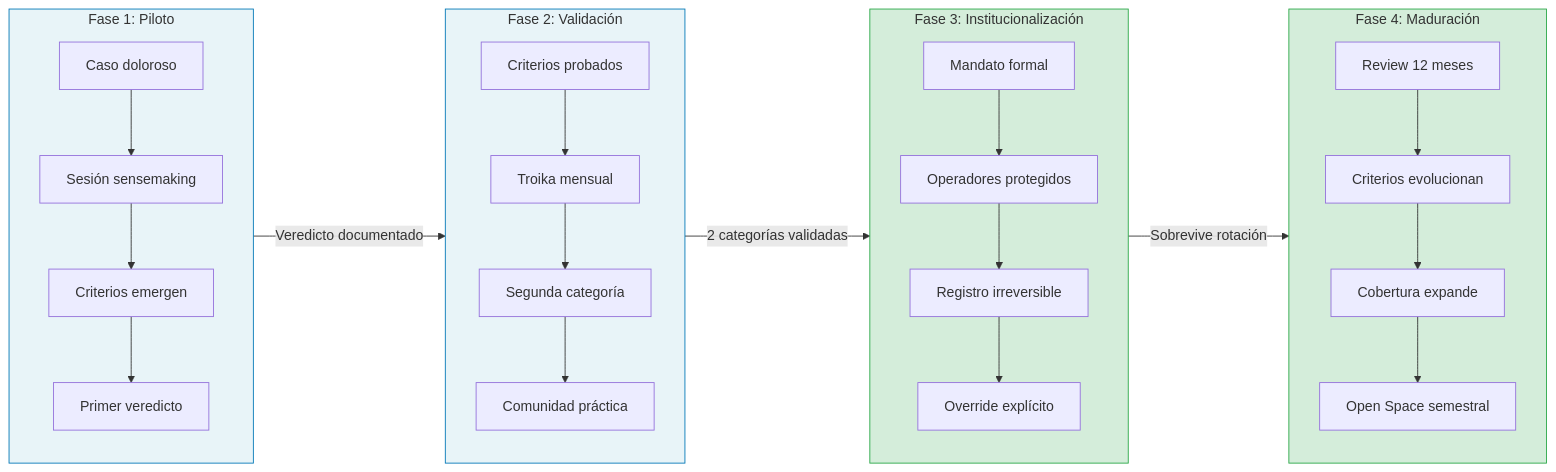
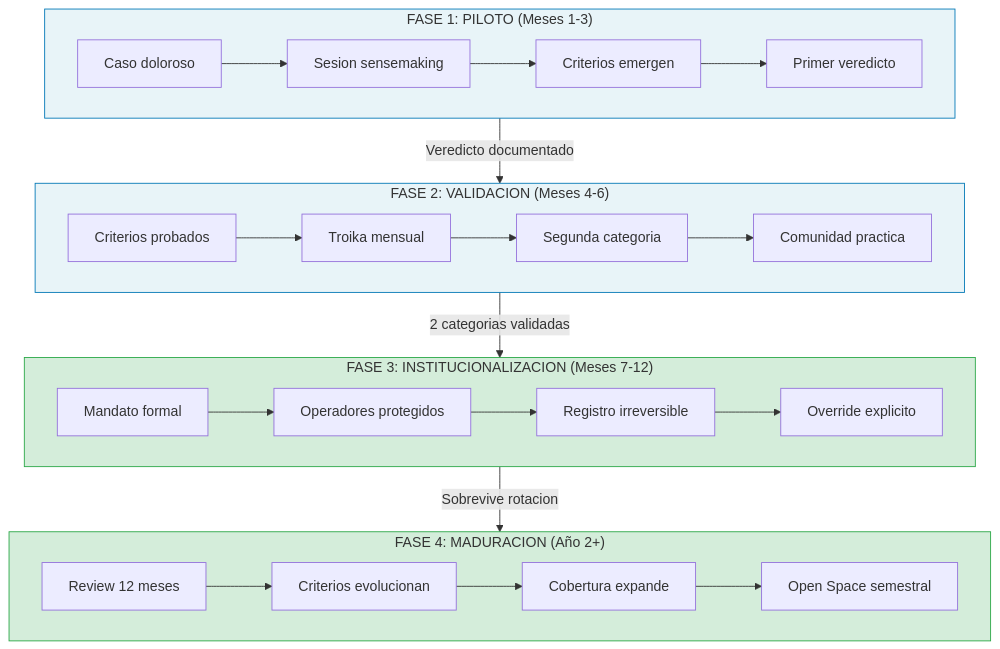
The diagram in assets/diagrams/B10-fases-implementacion.mermaid (gonzalezulises/mas-control-mas-caos), drawn with Mermaid before and after one commit. The commit also changed 4 other files, not shown here.

First line of the commit message:
Fix diagram layouts with titles on top

```diff
--- a/assets/diagrams/B10-fases-implementacion.mermaid
+++ b/assets/diagrams/B10-fases-implementacion.mermaid
@@ -1,37 +1,34 @@
-flowchart LR
-    subgraph F1[Fase 1: Piloto]
-        direction TB
-        A1[Caso doloroso] --> A2[Sesión sensemaking]
+%%{init: {'flowchart': {'curve': 'basis'}}}%%
+flowchart TB
+    subgraph F1["FASE 1: PILOTO (Meses 1-3)"]
+        A1[Caso doloroso] --> A2[Sesion sensemaking]
         A2 --> A3[Criterios emergen]
         A3 --> A4[Primer veredicto]
     end
-    
-    subgraph F2[Fase 2: Validación]
-        direction TB
+
+    subgraph F2["FASE 2: VALIDACION (Meses 4-6)"]
         B1[Criterios probados] --> B2[Troika mensual]
-        B2 --> B3[Segunda categoría]
-        B3 --> B4[Comunidad práctica]
+        B2 --> B3[Segunda categoria]
+        B3 --> B4[Comunidad practica]
     end
-    
-    subgraph F3[Fase 3: Institucionalización]
-        direction TB
+
+    subgraph F3["FASE 3: INSTITUCIONALIZACION (Meses 7-12)"]
         C1[Mandato formal] --> C2[Operadores protegidos]
         C2 --> C3[Registro irreversible]
-        C3 --> C4[Override explícito]
+        C3 --> C4[Override explicito]
     end
-    
-    subgraph F4[Fase 4: Maduración]
-        direction TB
+
+    subgraph F4["FASE 4: MADURACION (Año 2+)"]
         D1[Review 12 meses] --> D2[Criterios evolucionan]
         D2 --> D3[Cobertura expande]
         D3 --> D4[Open Space semestral]
     end
-    
-    F1 -->|"Veredicto documentado"| F2
-    F2 -->|"2 categorías validadas"| F3
-    F3 -->|"Sobrevive rotación"| F4
+
+    F1 -->|Veredicto documentado| F2
+    F2 -->|2 categorias validadas| F3
+    F3 -->|Sobrevive rotacion| F4
 
     style F1 fill:#e8f4f8,stroke:#0077b6
     style F2 fill:#e8f4f8,stroke:#0077b6
     style F3 fill:#d4edda,stroke:#28a745
     style F4 fill:#d4edda,stroke:#28a745
```
